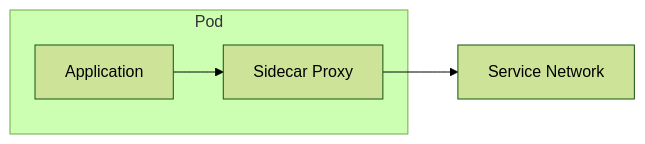
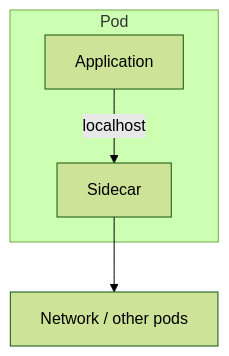
Before and after one commit to hareramcse/SystemDesign: diagram 19 of 28 in 08-microservices/README.md, drawn with Mermaid (forest theme). The commit also changed other lines of this file, not shown here.

````diff
--- a/08-microservices/README.md
+++ b/08-microservices/README.md
@@ -1248,9 +1842,9 @@
 ```mermaid
-flowchart LR
+flowchart TB
     subgraph Pod
-        App[Application]
-        SC[Sidecar Proxy]
-        App --> SC
+        APP[Application]
+        SC[Sidecar]
+        APP -->|localhost| SC
     end
-    SC --> Network[Service Network]
+    SC --> EXT[Network / other pods]
 ```
````
